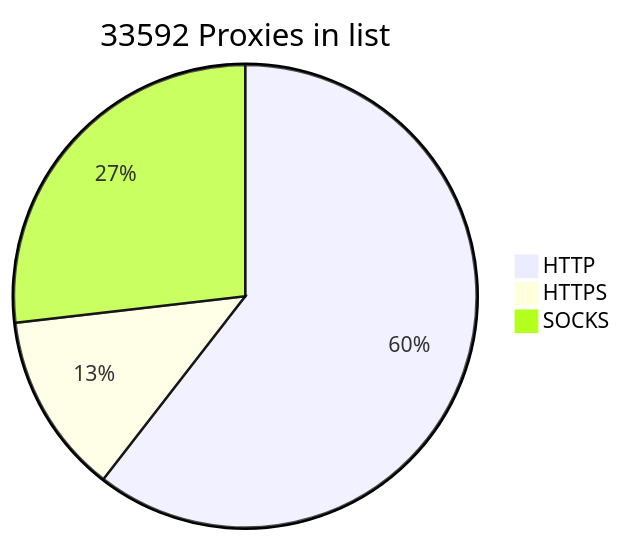
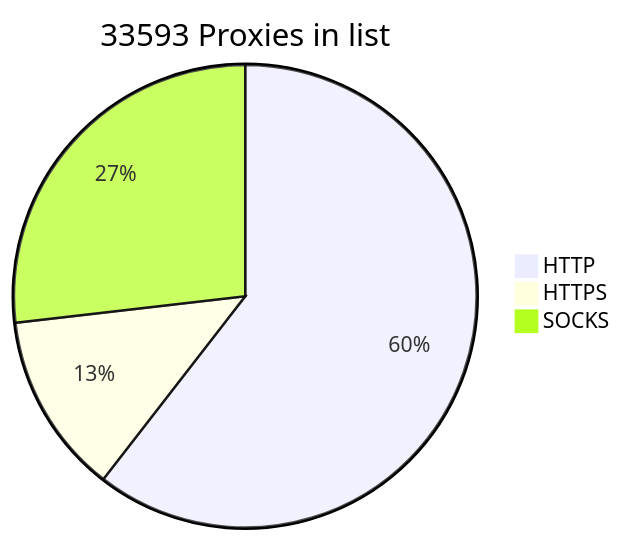
The diagram in README.md (BlackSnowDot/proxylist-update-every-minute), drawn with Mermaid before and after one commit.

````diff
--- a/README.md
+++ b/README.md
@@ -2,6 +2,6 @@
 ```mermaid
-pie title 33592 Proxies in list
-    "HTTP" : 22512
-    "HTTPS": 4714
+pie title 33593 Proxies in list
+    "HTTP" : 22513
+    "HTTPS": 4715
     "SOCKS" : 9984
 ```
````
